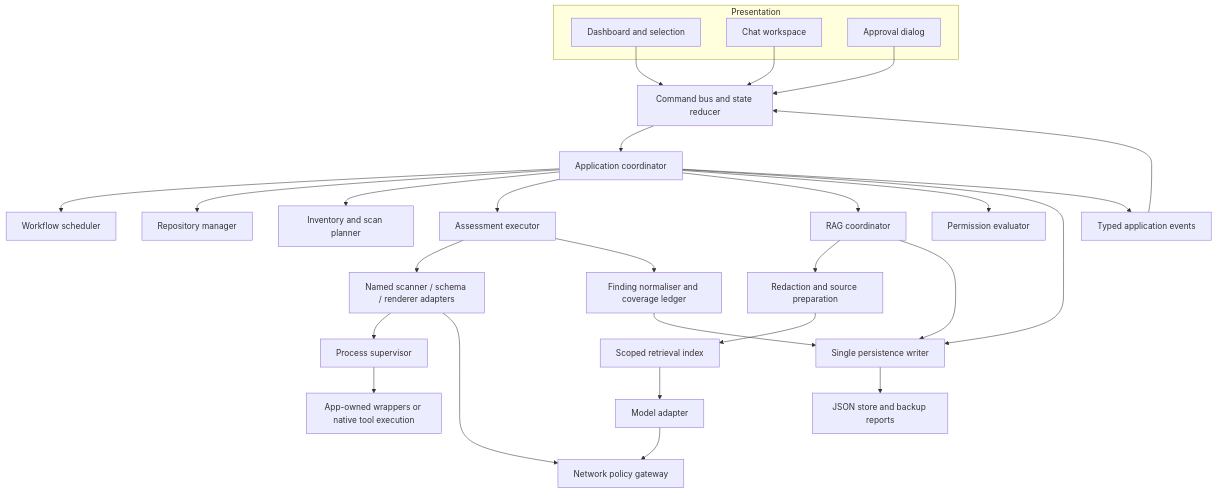
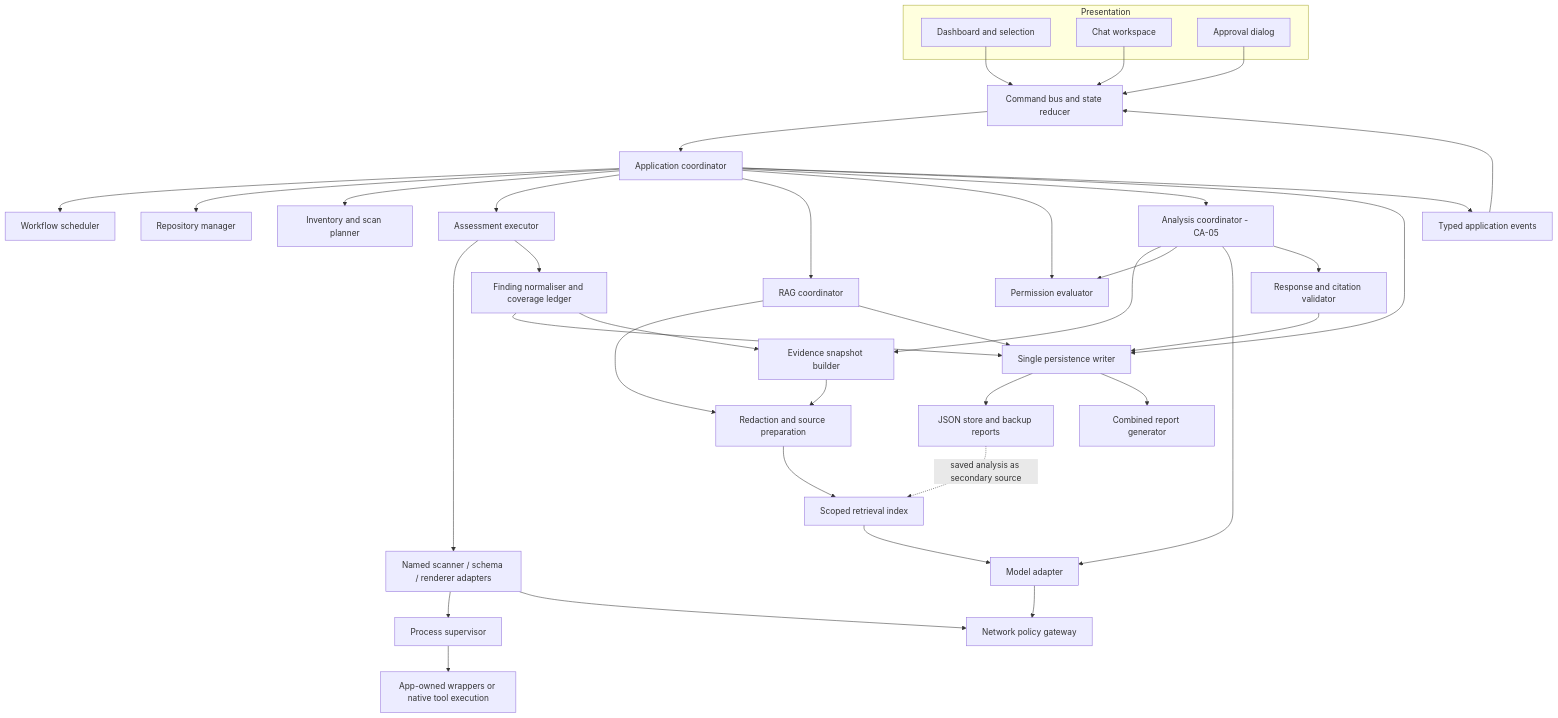
Before and after one commit to Nil2004n/CI_CD_prod: the second of 9 diagrams in 03_Architecture.md, drawn with Mermaid. The commit also changed other lines of this file and 19 other files, not shown here.

````diff
--- a/03_Architecture.md
+++ b/03_Architecture.md
@@ -38,33 +43,43 @@
 ```mermaid
 flowchart TB
   subgraph UI[Presentation]
     D[Dashboard and selection]
     C[Chat workspace]
     A[Approval dialog]
   end
   D --> B[Command bus and state reducer]
   C --> B
   A --> B
   B --> O[Application coordinator]
   O --> W[Workflow scheduler]
   O --> R[Repository manager]
   O --> I[Inventory and scan planner]
   O --> E[Assessment executor]
   O --> Q[RAG coordinator]
   O --> K[Permission evaluator]
+  O --> AN[Analysis coordinator - CA-05]
+  AN --> SB[Evidence snapshot builder]
+  SB --> RD
+  AN --> K
+  AN --> MA
+  AN --> VAL[Response and citation validator]
+  VAL --> PW
   E --> X[Named scanner / schema / renderer adapters]
   X --> PS[Process supervisor]
   PS --> WR[App-owned wrappers or native tool execution]
   X --> NG[Network policy gateway]
   Q --> RD[Redaction and source preparation]
   RD --> IX[Scoped retrieval index]
   IX --> MA[Model adapter]
   MA --> NG
   O --> PW[Single persistence writer]
   E --> F[Finding normaliser and coverage ledger]
   F --> PW
   Q --> PW
+  F --> SB
   PW --> DS[JSON store and backup reports]
+  PW --> RG[Combined report generator]
+  DS -. saved analysis as secondary source .-> IX
   O --> EV[Typed application events]
   EV --> B
 ```
````
